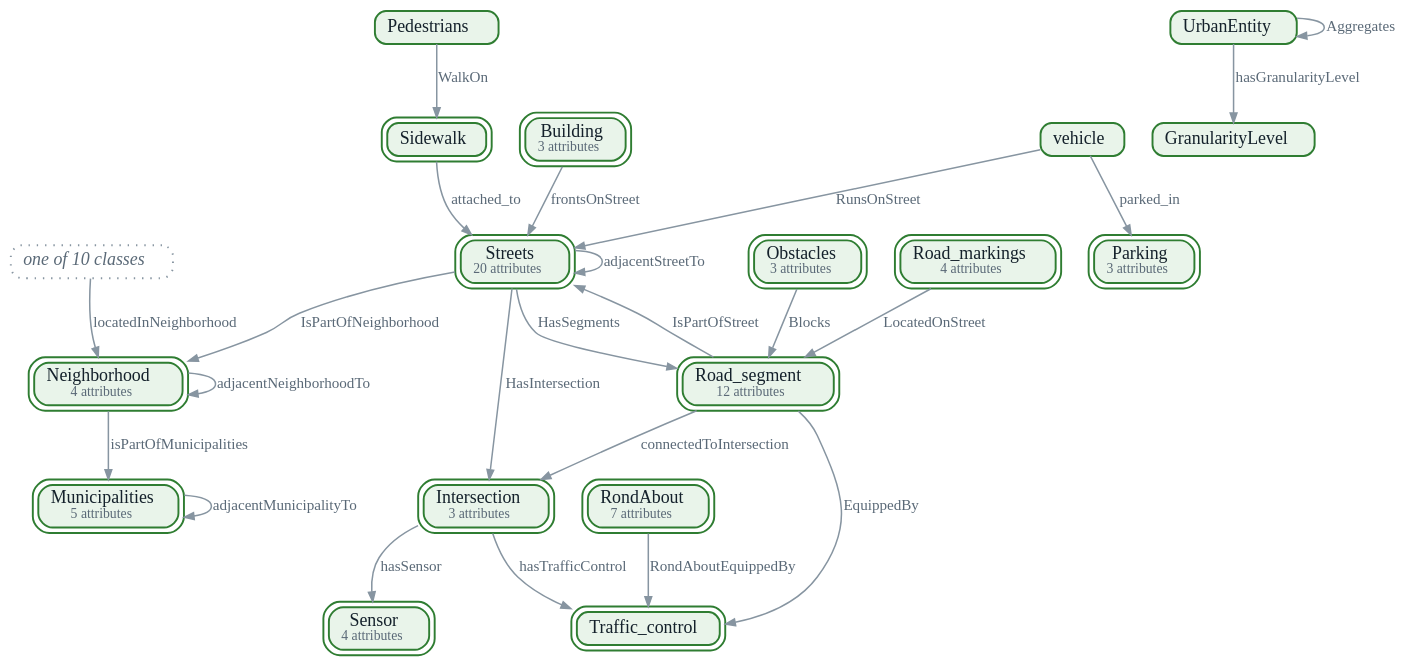
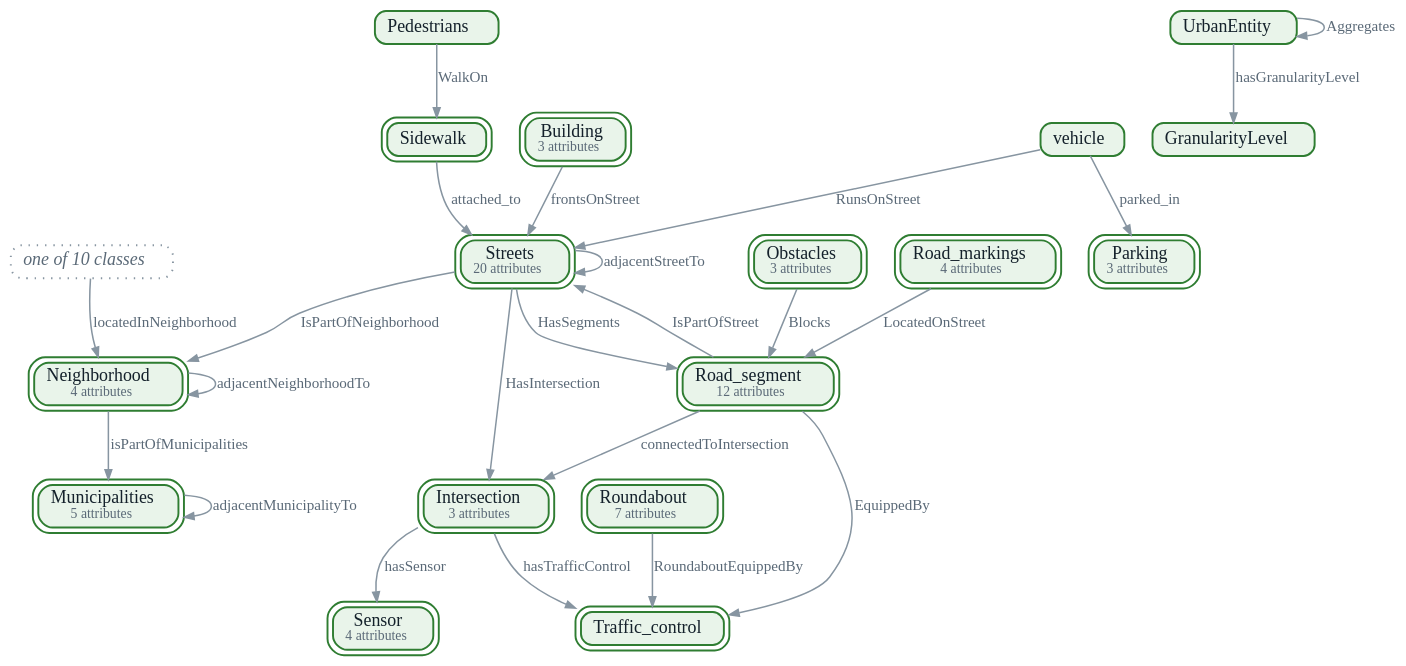
The diagram in diagrams/infra.dot (NourelhoudaElGadi/UrbanMobility-Ontology), drawn with Graphviz before and after one commit. The commit also changed 13 other files, not shown here.

```diff
--- a/diagrams/infra.dot
+++ b/diagrams/infra.dot
@@ -2,28 +2,28 @@
 graph [rankdir=TB, bgcolor="transparent", pad="0.15", nodesep="0.28", ranksep="0.5", fontname="Overpass", splines=true, newrank=true];
 node [shape=box, style="rounded,filled", fontname="Overpass", fontsize=13, height=0.34, margin="0.12,0.05", penwidth=1.4, fontcolor="#14212b"];
 edge [fontname="Overpass", fontsize=11, color="#8795a1", fontcolor="#5a6977", arrowsize=0.7, penwidth=1.1];
-"Infrastructure:Municipalities" [label=<Municipalities<BR/><FONT POINT-SIZE="10" COLOR="#5a6977">5 attributes</FONT>>, href="#Municipalities", tooltip="Infrastructure:Municipalities: A municipality: the territory of a city or a town, delimited in space and represented by a polygon or a multipolygon.…", color="#2f7d32", fillcolor="#e9f4ea", peripheries=2, class="own m-infra feature"];
-"Infrastructure:Neighborhood" [label=<Neighborhood<BR/><FONT POINT-SIZE="10" COLOR="#5a6977">4 attributes</FONT>>, href="#Neighborhood", tooltip="Infrastructure:Neighborhood: A geographically delimited urban area that comprises streets, points of interest and other urban infrastructure…", color="#2f7d32", fillcolor="#e9f4ea", peripheries=2, class="own m-infra feature"];
+"Infrastructure:Municipalities" [label=<Municipalities<BR/><FONT POINT-SIZE="10" COLOR="#5a6977">5 attributes</FONT>>, href="#Municipalities", tooltip="Infrastructure:Municipalities: A municipality: the territory of a city or a town, delimited in space and represented by a polygon or a multipolygon. Its…", color="#2f7d32", fillcolor="#e9f4ea", peripheries=2, class="own m-infra feature"];
+"Infrastructure:Neighborhood" [label=<Neighborhood<BR/><FONT POINT-SIZE="10" COLOR="#5a6977">4 attributes</FONT>>, href="#Neighborhood", tooltip="Infrastructure:Neighborhood: A geographically delimited urban area that comprises streets, points of interest and other urban infrastructure elements. A…", color="#2f7d32", fillcolor="#e9f4ea", peripheries=2, class="own m-infra feature"];
 "Infrastructure:Streets" [label=<Streets<BR/><FONT POINT-SIZE="10" COLOR="#5a6977">20 attributes</FONT>>, href="#Streets", tooltip="Infrastructure:Streets: A street used by vehicles and pedestrians, made of one or more road segments.", color="#2f7d32", fillcolor="#e9f4ea", peripheries=2, class="own m-infra feature"];
-"Infrastructure:UrbanEntity" [label=<UrbanEntity>, href="#UrbanEntity", tooltip="Infrastructure:UrbanEntity: Any entity of the urban and peri-urban environment considered in mobility modelling. It is the top class of the…", color="#2f7d32", fillcolor="#e9f4ea", peripheries=1, class="own m-infra"];
+"Infrastructure:UrbanEntity" [label=<UrbanEntity>, href="#UrbanEntity", tooltip="Infrastructure:UrbanEntity: Any entity of the urban and peri-urban environment considered in mobility modelling. It is the top class of the infrastructure…", color="#2f7d32", fillcolor="#e9f4ea", peripheries=1, class="own m-infra"];
 "Infrastructure:Sidewalk" [label=<Sidewalk>, href="#Sidewalk", tooltip="Infrastructure:Sidewalk: A paved pathway adjacent to a street, intended for pedestrian use.", color="#2f7d32", fillcolor="#e9f4ea", peripheries=2, class="own m-infra feature"];
 "Infrastructure:Obstacles" [label=<Obstacles<BR/><FONT POINT-SIZE="10" COLOR="#5a6977">3 attributes</FONT>>, href="#Obstacles", tooltip="Infrastructure:Obstacles: An object or a structure on the street that may block or slow down vehicles or pedestrians.", color="#2f7d32", fillcolor="#e9f4ea", peripheries=2, class="own m-infra feature"];
-"Infrastructure:Road_segment" [label=<Road_segment<BR/><FONT POINT-SIZE="10" COLOR="#5a6977">12 attributes</FONT>>, href="#Road_segment", tooltip="Infrastructure:Road_segment: A portion of road between two reference points, such as intersections or stops. Its identity is determined by its…", color="#2f7d32", fillcolor="#e9f4ea", peripheries=2, class="own m-infra feature"];
+"Infrastructure:Road_segment" [label=<Road_segment<BR/><FONT POINT-SIZE="10" COLOR="#5a6977">12 attributes</FONT>>, href="#Road_segment", tooltip="Infrastructure:Road_segment: A portion of road between two reference points, such as intersections or stops. Its identity is determined by its position, its…", color="#2f7d32", fillcolor="#e9f4ea", peripheries=2, class="own m-infra feature"];
 "Infrastructure:Intersection" [label=<Intersection<BR/><FONT POINT-SIZE="10" COLOR="#5a6977">3 attributes</FONT>>, href="#Intersection", tooltip="Infrastructure:Intersection: A junction where several streets meet, where vehicles and pedestrians follow signage to take the right direction.", color="#2f7d32", fillcolor="#e9f4ea", peripheries=2, class="own m-infra feature"];
 "Infrastructure:Traffic_control" [label=<Traffic_control>, href="#Traffic_control", tooltip="Infrastructure:Traffic_control: The signs, traffic lights and road markings that regulate traffic and warn or inform drivers and pedestrians.", color="#2f7d32", fillcolor="#e9f4ea", peripheries=2, class="own m-infra feature"];
 "Infrastructure:Building" [label=<Building<BR/><FONT POINT-SIZE="10" COLOR="#5a6977">3 attributes</FONT>>, href="#Building", tooltip="Infrastructure:Building: A building located along a street.", color="#2f7d32", fillcolor="#e9f4ea", peripheries=2, class="own m-infra feature"];
-"Infrastructure:GranularityLevel" [label=<GranularityLevel>, href="#GranularityLevel", tooltip="Infrastructure:GranularityLevel: The level of spatial granularity of an urban entity: micro (street level), meso (neighbourhood level) or macro…", color="#2f7d32", fillcolor="#e9f4ea", peripheries=1, class="own m-infra"];
+"Infrastructure:GranularityLevel" [label=<GranularityLevel>, href="#GranularityLevel", tooltip="Infrastructure:GranularityLevel: The level of spatial granularity of an urban entity: micro (street level), meso (neighbourhood level) or macro (municipality…", color="#2f7d32", fillcolor="#e9f4ea", peripheries=1, class="own m-infra"];
 "Infrastructure:Sensor" [label=<Sensor<BR/><FONT POINT-SIZE="10" COLOR="#5a6977">4 attributes</FONT>>, href="#Sensor", tooltip="Infrastructure:Sensor: A device that collects traffic data, such as vehicle speed, traffic volume or density on a road.", color="#2f7d32", fillcolor="#e9f4ea", peripheries=2, class="own m-infra feature"];
-"union:http://www.semanticweb.org/hp/ontologies/2024/7/Modélisation#Building|http://www.semanticweb.org/hp/ontologies/2024/7/Modélisation#Charging_station|http://www.semanticweb.org/hp/ontologies/2024/7/Modélisation#Intersection|http://www.semanticweb.org/hp/ontologies/2024/7/Modélisation#Parking|http://www.semanticweb.org/hp/ontologies/2024/7/Modélisation#Road_markings|http://www.semanticweb.org/hp/ontologies/2024/7/Modélisation#Road_segment|http://www.semanticweb.org/hp/ontologies/2024/7/Modélisation#RondAbout|http://www.semanticweb.org/hp/ontologies/2024/7/Modélisation#Sensor|http://www.semanticweb.org/hp/ontologies/2024/7/Modélisation#Sidewalk|http://www.semanticweb.org/hp/ontologies/2024/7/Modélisation#Traffic_control" [label=<<I>one of 10 classes</I>>, tooltip="union of: Building, Charging_station, Intersection, Parking, Road_markings, Road_segment, RondAbout, Sensor, Sidewalk, Traffic_control", shape=box, style="rounded,dotted", color="#8795a1", fontcolor="#5a6977", class="union"];
+"union:https://w3id.org/urbanmobility/infrastructure#Building|https://w3id.org/urbanmobility/infrastructure#Charging_station|https://w3id.org/urbanmobility/infrastructure#Intersection|https://w3id.org/urbanmobility/infrastructure#Parking|https://w3id.org/urbanmobility/infrastructure#Road_markings|https://w3id.org/urbanmobility/infrastructure#Road_segment|https://w3id.org/urbanmobility/infrastructure#Roundabout|https://w3id.org/urbanmobility/infrastructure#Sensor|https://w3id.org/urbanmobility/infrastructure#Sidewalk|https://w3id.org/urbanmobility/infrastructure#Traffic_control" [label=<<I>one of 10 classes</I>>, tooltip="union of: Building, Charging_station, Intersection, Parking, Road_markings, Road_segment, Roundabout, Sensor, Sidewalk, Traffic_control", shape=box, style="rounded,dotted", color="#8795a1", fontcolor="#5a6977", class="union"];
 "Infrastructure:Road_markings" [label=<Road_markings<BR/><FONT POINT-SIZE="10" COLOR="#5a6977">4 attributes</FONT>>, href="#Road_markings", tooltip="Infrastructure:Road_markings: Road surface markings that guide traffic, such as lane lines, crosswalks and directional arrows.", color="#2f7d32", fillcolor="#e9f4ea", peripheries=2, class="own m-infra feature"];
 "Infrastructure:vehicle" [label=<vehicle>, href="#vehicle", tooltip="Infrastructure:vehicle: A motorised or non-motorised means of transport used on roads to move people or goods.", color="#2f7d32", fillcolor="#e9f4ea", peripheries=1, class="own m-infra"];
 "Infrastructure:Parking" [label=<Parking<BR/><FONT POINT-SIZE="10" COLOR="#5a6977">3 attributes</FONT>>, href="#Parking", tooltip="Infrastructure:Parking: A designated area for parking vehicles, such as a car park or parking spaces.", color="#2f7d32", fillcolor="#e9f4ea", peripheries=2, class="own m-infra feature"];
-"Infrastructure:RondAbout" [label=<RondAbout<BR/><FONT POINT-SIZE="10" COLOR="#5a6977">7 attributes</FONT>>, href="#RondAbout", tooltip="Infrastructure:RondAbout: A roundabout: a circular intersection where traffic flows around a central island.", color="#2f7d32", fillcolor="#e9f4ea", peripheries=2, class="own m-infra feature"];
+"Infrastructure:Roundabout" [label=<Roundabout<BR/><FONT POINT-SIZE="10" COLOR="#5a6977">7 attributes</FONT>>, href="#Roundabout", tooltip="Infrastructure:Roundabout: A roundabout: a circular intersection where traffic flows around a central island.", color="#2f7d32", fillcolor="#e9f4ea", peripheries=2, class="own m-infra feature"];
 "Infrastructure:Pedestrians" [label=<Pedestrians>, href="#Pedestrians", tooltip="Infrastructure:Pedestrians: People walking along streets, crossing roads or using sidewalks.", color="#2f7d32", fillcolor="#e9f4ea", peripheries=1, class="own m-infra"];
 "Infrastructure:Municipalities" -> "Infrastructure:Municipalities" [label=<<TABLE BORDER="0" CELLBORDER="0" CELLSPACING="0" CELLPADDING="1"><TR><TD HREF="#adjacentMunicipalityTo" TOOLTIP="Infrastructure:adjacentMunicipalityTo: Links two municipalities that share a border.">adjacentMunicipalityTo</TD></TR></TABLE>>, class="op"];
 "Infrastructure:Neighborhood" -> "Infrastructure:Neighborhood" [label=<<TABLE BORDER="0" CELLBORDER="0" CELLSPACING="0" CELLPADDING="1"><TR><TD HREF="#adjacentNeighborhoodTo" TOOLTIP="Infrastructure:adjacentNeighborhoodTo: Links two neighbourhoods that share a border.">adjacentNeighborhoodTo</TD></TR></TABLE>>, class="op"];
 "Infrastructure:Streets" -> "Infrastructure:Streets" [label=<<TABLE BORDER="0" CELLBORDER="0" CELLSPACING="0" CELLPADDING="1"><TR><TD HREF="#adjacentStreetTo" TOOLTIP="Infrastructure:adjacentStreetTo: Links two streets that touch each other.">adjacentStreetTo</TD></TR></TABLE>>, class="op"];
-"Infrastructure:UrbanEntity" -> "Infrastructure:UrbanEntity" [label=<<TABLE BORDER="0" CELLBORDER="0" CELLSPACING="0" CELLPADDING="1"><TR><TD HREF="#Aggregates" TOOLTIP="Infrastructure:Aggregates: Links an urban entity to a finer-grained entity that it groups, for example a…">Aggregates</TD></TR></TABLE>>, class="op"];
+"Infrastructure:UrbanEntity" -> "Infrastructure:UrbanEntity" [label=<<TABLE BORDER="0" CELLBORDER="0" CELLSPACING="0" CELLPADDING="1"><TR><TD HREF="#Aggregates" TOOLTIP="Infrastructure:Aggregates: Links an urban entity to a finer-grained entity that it groups, for example a neighbourhood and its…">Aggregates</TD></TR></TABLE>>, class="op"];
 "Infrastructure:Sidewalk" -> "Infrastructure:Streets" [label=<<TABLE BORDER="0" CELLBORDER="0" CELLSPACING="0" CELLPADDING="1"><TR><TD HREF="#attached_to" TOOLTIP="Infrastructure:attached_to: Links a sidewalk to the street along which it runs.">attached_to</TD></TR></TABLE>>, class="op"];
 "Infrastructure:Obstacles" -> "Infrastructure:Road_segment" [label=<<TABLE BORDER="0" CELLBORDER="0" CELLSPACING="0" CELLPADDING="1"><TR><TD HREF="#Blocks" TOOLTIP="Infrastructure:Blocks: Links an obstacle to the road segment that it blocks.">Blocks</TD></TR></TABLE>>, class="op"];
 "Infrastructure:Road_segment" -> "Infrastructure:Intersection" [label=<<TABLE BORDER="0" CELLBORDER="0" CELLSPACING="0" CELLPADDING="1"><TR><TD HREF="#connectedToIntersection" TOOLTIP="Infrastructure:connectedToIntersection: Links a road segment to an intersection at one of its ends.">connectedToIntersection</TD></TR></TABLE>>, class="op"];
@@ -37,10 +37,10 @@
 "Infrastructure:Neighborhood" -> "Infrastructure:Municipalities" [label=<<TABLE BORDER="0" CELLBORDER="0" CELLSPACING="0" CELLPADDING="1"><TR><TD HREF="#isPartOfMunicipalities" TOOLTIP="Infrastructure:isPartOfMunicipalities: Links a neighbourhood to the municipality it belongs to.">isPartOfMunicipalities</TD></TR></TABLE>>, class="op"];
 "Infrastructure:Streets" -> "Infrastructure:Neighborhood" [label=<<TABLE BORDER="0" CELLBORDER="0" CELLSPACING="0" CELLPADDING="1"><TR><TD HREF="#IsPartOfNeighborhood" TOOLTIP="Infrastructure:IsPartOfNeighborhood: Links a street to the neighbourhood it belongs to.">IsPartOfNeighborhood</TD></TR></TABLE>>, class="op"];
 "Infrastructure:Road_segment" -> "Infrastructure:Streets" [label=<<TABLE BORDER="0" CELLBORDER="0" CELLSPACING="0" CELLPADDING="1"><TR><TD HREF="#IsPartOfStreet" TOOLTIP="Infrastructure:IsPartOfStreet: Links a road segment to the street it belongs to. It specialises the spatial relation…">IsPartOfStreet</TD></TR></TABLE>>, class="op"];
-"union:http://www.semanticweb.org/hp/ontologies/2024/7/Modélisation#Building|http://www.semanticweb.org/hp/ontologies/2024/7/Modélisation#Charging_station|http://www.semanticweb.org/hp/ontologies/2024/7/Modélisation#Intersection|http://www.semanticweb.org/hp/ontologies/2024/7/Modélisation#Parking|http://www.semanticweb.org/hp/ontologies/2024/7/Modélisation#Road_markings|http://www.semanticweb.org/hp/ontologies/2024/7/Modélisation#Road_segment|http://www.semanticweb.org/hp/ontologies/2024/7/Modélisation#RondAbout|http://www.semanticweb.org/hp/ontologies/2024/7/Modélisation#Sensor|http://www.semanticweb.org/hp/ontologies/2024/7/Modélisation#Sidewalk|http://www.semanticweb.org/hp/ontologies/2024/7/Modélisation#Traffic_control" -> "Infrastructure:Neighborhood" [label=<<TABLE BORDER="0" CELLBORDER="0" CELLSPACING="0" CELLPADDING="1"><TR><TD HREF="#locatedInNeighborhood" TOOLTIP="Infrastructure:locatedInNeighborhood: Links an urban entity, such as a road segment, to the neighbourhood in which it is…">locatedInNeighborhood</TD></TR></TABLE>>, class="op"];
+"union:https://w3id.org/urbanmobility/infrastructure#Building|https://w3id.org/urbanmobility/infrastructure#Charging_station|https://w3id.org/urbanmobility/infrastructure#Intersection|https://w3id.org/urbanmobility/infrastructure#Parking|https://w3id.org/urbanmobility/infrastructure#Road_markings|https://w3id.org/urbanmobility/infrastructure#Road_segment|https://w3id.org/urbanmobility/infrastructure#Roundabout|https://w3id.org/urbanmobility/infrastructure#Sensor|https://w3id.org/urbanmobility/infrastructure#Sidewalk|https://w3id.org/urbanmobility/infrastructure#Traffic_control" -> "Infrastructure:Neighborhood" [label=<<TABLE BORDER="0" CELLBORDER="0" CELLSPACING="0" CELLPADDING="1"><TR><TD HREF="#locatedInNeighborhood" TOOLTIP="Infrastructure:locatedInNeighborhood: Links an urban entity, such as a road segment, to the neighbourhood in which it is located.">locatedInNeighborhood</TD></TR></TABLE>>, class="op"];
 "Infrastructure:Road_markings" -> "Infrastructure:Road_segment" [label=<<TABLE BORDER="0" CELLBORDER="0" CELLSPACING="0" CELLPADDING="1"><TR><TD HREF="#LocatedOnStreet" TOOLTIP="Infrastructure:LocatedOnStreet: Links a road marking to the road segment on which it is painted.">LocatedOnStreet</TD></TR></TABLE>>, class="op"];
 "Infrastructure:vehicle" -> "Infrastructure:Parking" [label=<<TABLE BORDER="0" CELLBORDER="0" CELLSPACING="0" CELLPADDING="1"><TR><TD HREF="#parked_in" TOOLTIP="Infrastructure:parked_in: Links a vehicle to the parking area where it is parked.">parked_in</TD></TR></TABLE>>, class="op"];
-"Infrastructure:RondAbout" -> "Infrastructure:Traffic_control" [label=<<TABLE BORDER="0" CELLBORDER="0" CELLSPACING="0" CELLPADDING="1"><TR><TD HREF="#RondAboutEquippedBy" TOOLTIP="Infrastructure:RondAboutEquippedBy: Links a roundabout to a traffic control device installed on it.">RondAboutEquippedBy</TD></TR></TABLE>>, class="op"];
+"Infrastructure:Roundabout" -> "Infrastructure:Traffic_control" [label=<<TABLE BORDER="0" CELLBORDER="0" CELLSPACING="0" CELLPADDING="1"><TR><TD HREF="#RoundaboutEquippedBy" TOOLTIP="Infrastructure:RoundaboutEquippedBy: Links a roundabout to a traffic control device installed on it.">RoundaboutEquippedBy</TD></TR></TABLE>>, class="op"];
 "Infrastructure:vehicle" -> "Infrastructure:Streets" [label=<<TABLE BORDER="0" CELLBORDER="0" CELLSPACING="0" CELLPADDING="1"><TR><TD HREF="#RunsOnStreet" TOOLTIP="Infrastructure:RunsOnStreet: Links a vehicle to a street on which it runs.">RunsOnStreet</TD></TR></TABLE>>, class="op"];
 "Infrastructure:Pedestrians" -> "Infrastructure:Sidewalk" [label=<<TABLE BORDER="0" CELLBORDER="0" CELLSPACING="0" CELLPADDING="1"><TR><TD HREF="#WalkOn" TOOLTIP="Infrastructure:WalkOn: Links a pedestrian to the sidewalk on which he or she walks.">WalkOn</TD></TR></TABLE>>, class="op"];
 }
```
